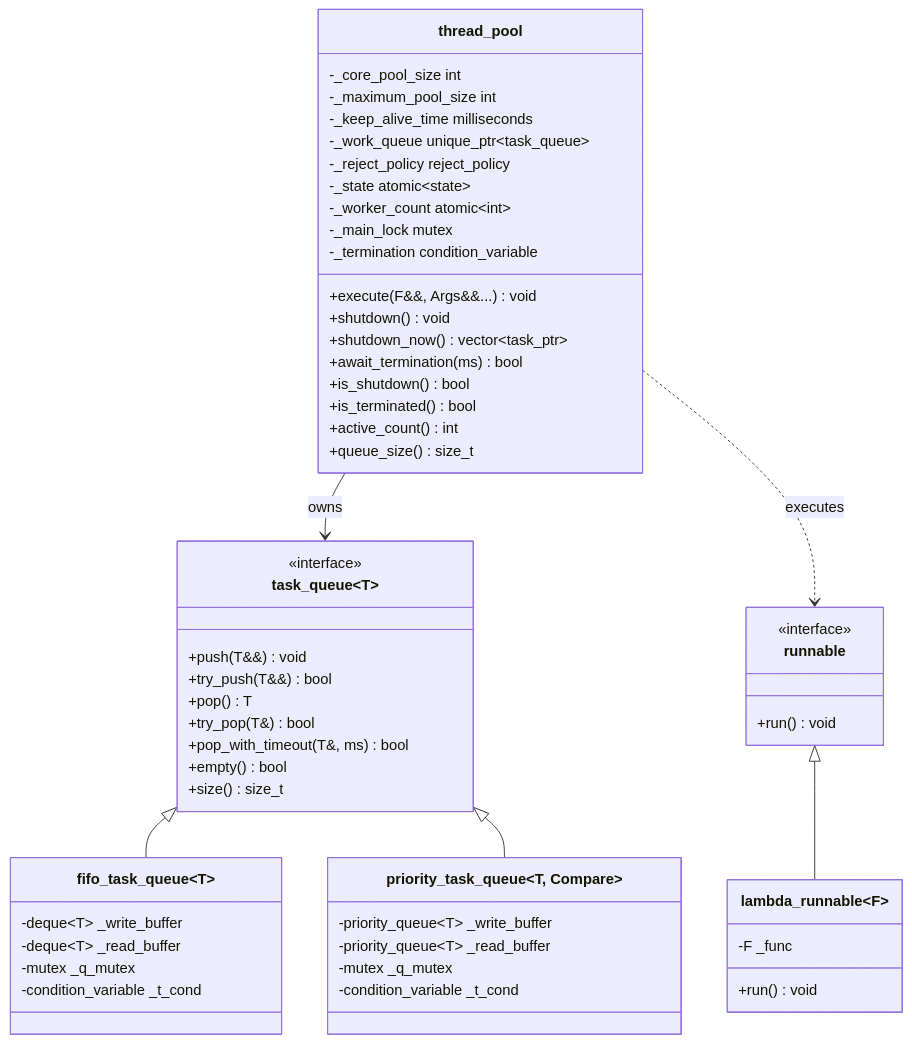
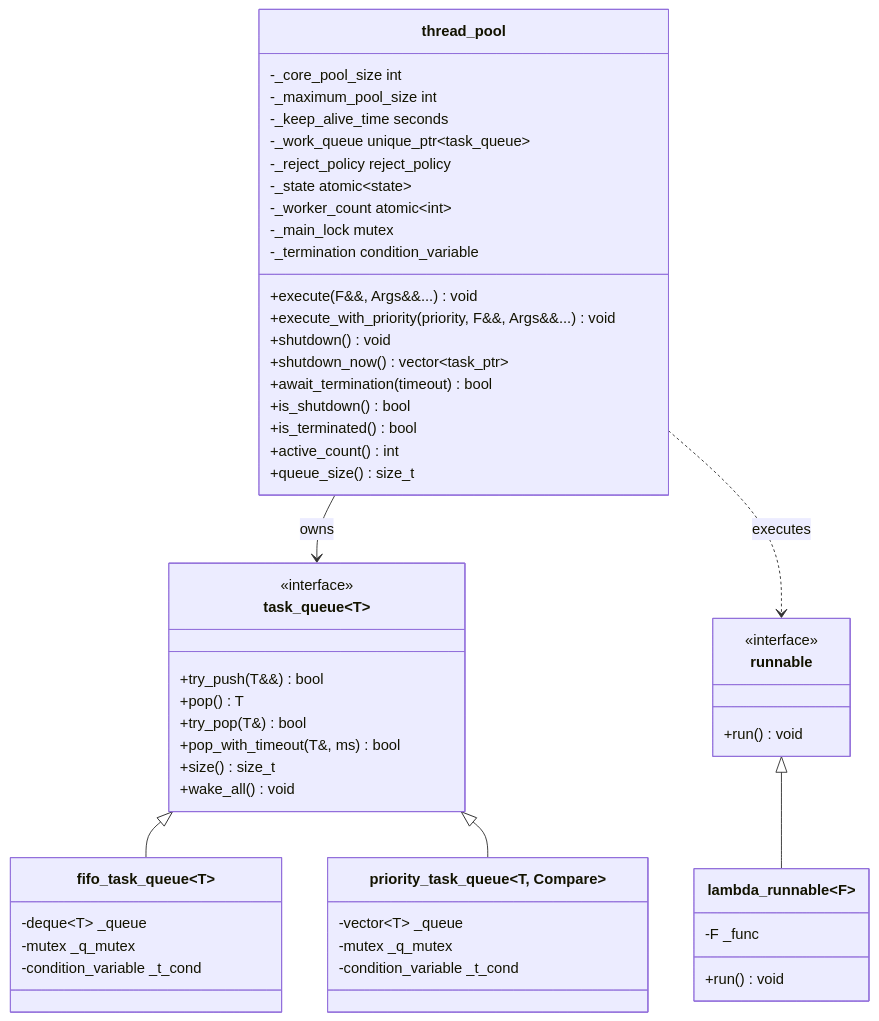
Before and after one commit to lwhttpdorg/threadpool: the first of 2 diagrams in DESIGN.md, drawn with Mermaid. The commit also changed other lines of this file and 12 other files, not shown here.

````diff
--- a/DESIGN.md
+++ b/DESIGN.md
@@ -120,63 +120,61 @@
 ```mermaid
 classDiagram
     class runnable {
         <<interface>>
         +run() void
     }
 
     class lambda_runnable~F~ {
         -F _func
         +run() void
     }
 
     class task_queue~T~ {
         <<interface>>
-        +push(T&&) void
         +try_push(T&&) bool
         +pop() T
         +try_pop(T&) bool
         +pop_with_timeout(T&, ms) bool
-        +empty() bool
         +size() size_t
+        +wake_all() void
     }
 
     class fifo_task_queue~T~ {
-        -deque~T~ _write_buffer
-        -deque~T~ _read_buffer
+        -deque~T~ _queue
         -mutex _q_mutex
         -condition_variable _t_cond
     }
 
     class priority_task_queue~T, Compare~ {
-        -priority_queue~T~ _write_buffer
-        -priority_queue~T~ _read_buffer
+        -vector~T~ _queue
         -mutex _q_mutex
         -condition_variable _t_cond
     }
 
     class thread_pool {
         +execute(F&&, Args&&...) void
+        +execute_with_priority(priority, F&&, Args&&...) void
         +shutdown() void
         +shutdown_now() vector~task_ptr~
-        +await_termination(ms) bool
+        +await_termination(timeout) bool
         +is_shutdown() bool
         +is_terminated() bool
         +active_count() int
         +queue_size() size_t
         -_core_pool_size int
         -_maximum_pool_size int
-        -_keep_alive_time milliseconds
+        -_keep_alive_time seconds
         -_work_queue unique_ptr~task_queue~
         -_reject_policy reject_policy
         -_state atomic~state~
         -_worker_count atomic~int~
         -_main_lock mutex
         -_termination condition_variable
     }
 
     runnable <|-- lambda_runnable~F~
     task_queue~T~ <|-- fifo_task_queue~T~
     task_queue~T~ <|-- priority_task_queue~T, Compare~
     thread_pool --> task_queue~task_ptr~ : owns
     thread_pool ..> runnable : executes
 ```
````
